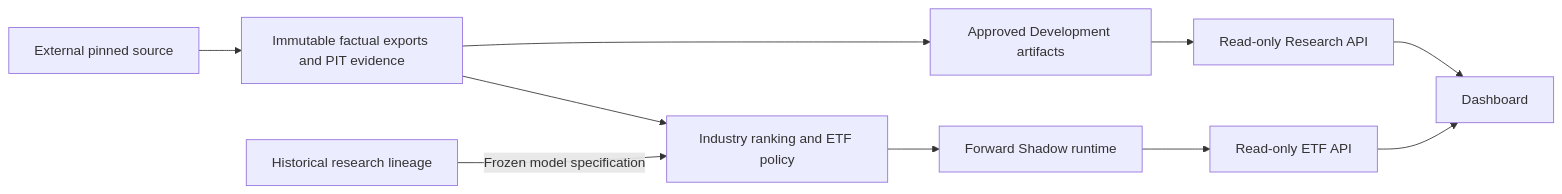
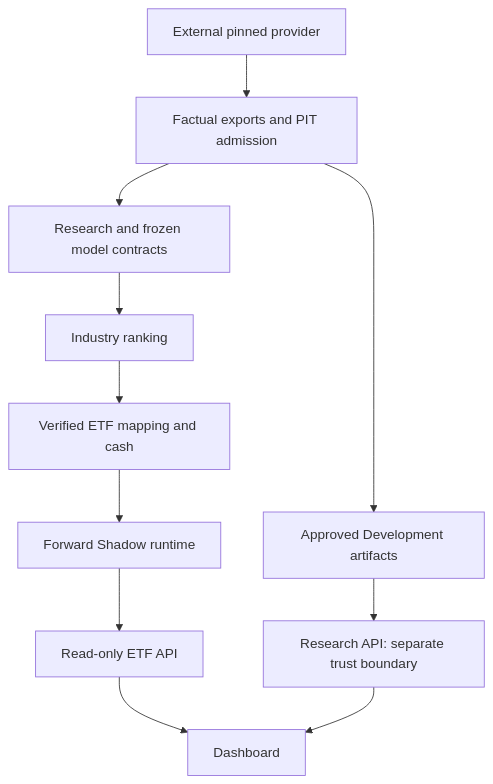
The diagram in README.md (WynterYaxley123/quant-trading), drawn with Mermaid before and after one commit. The commit also changed other lines of this file and 25 other files, not shown here.

````diff
--- a/README.md
+++ b/README.md
@@ -68,12 +68,13 @@
 ```mermaid
-flowchart LR
- S[External pinned source] --> E[Immutable factual exports and PIT evidence]
- H[Historical research lineage] -->|Frozen model specification| Q[Industry ranking and ETF policy]
- E --> Q
- E --> R[Approved Development artifacts]
- Q --> T[Forward Shadow runtime]
- R --> RA[Read-only Research API]
- T --> EA[Read-only ETF API]
- RA --> D[Dashboard]
- EA --> D
+flowchart TD
+ P[External pinned provider] --> F[Factual exports and PIT admission]
+ F --> M[Research and frozen model contracts]
+ M --> I[Industry ranking]
+ I --> E[Verified ETF mapping and cash]
+ E --> S[Forward Shadow runtime]
+ S --> A[Read-only ETF API]
+ A --> D[Dashboard]
+ F --> R[Approved Development artifacts]
+ R --> RA[Research API: separate trust boundary]
+ RA --> D
 ```
````
